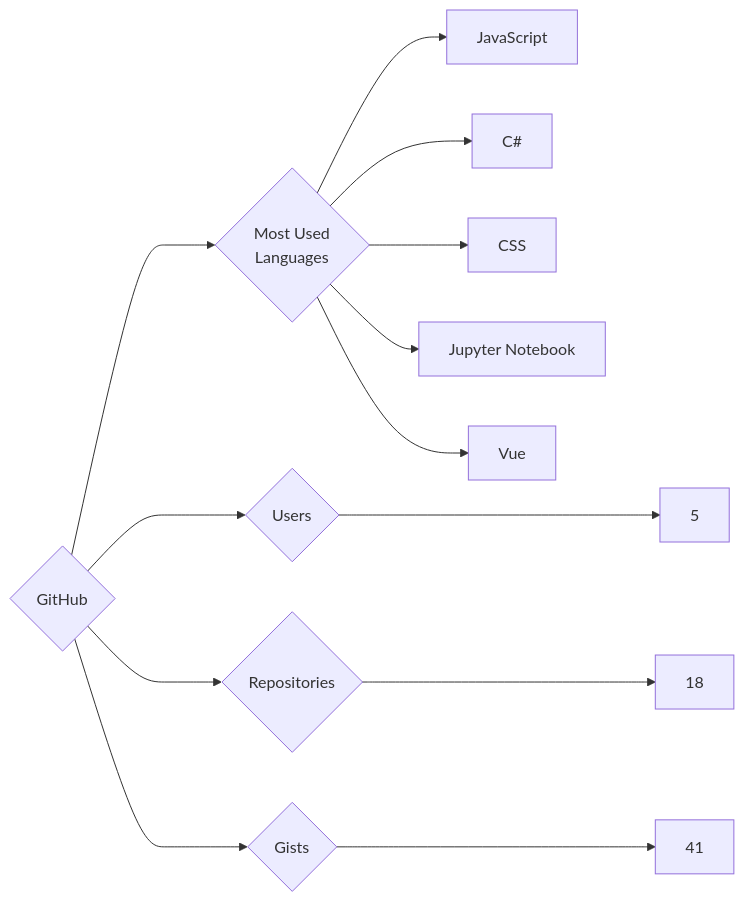
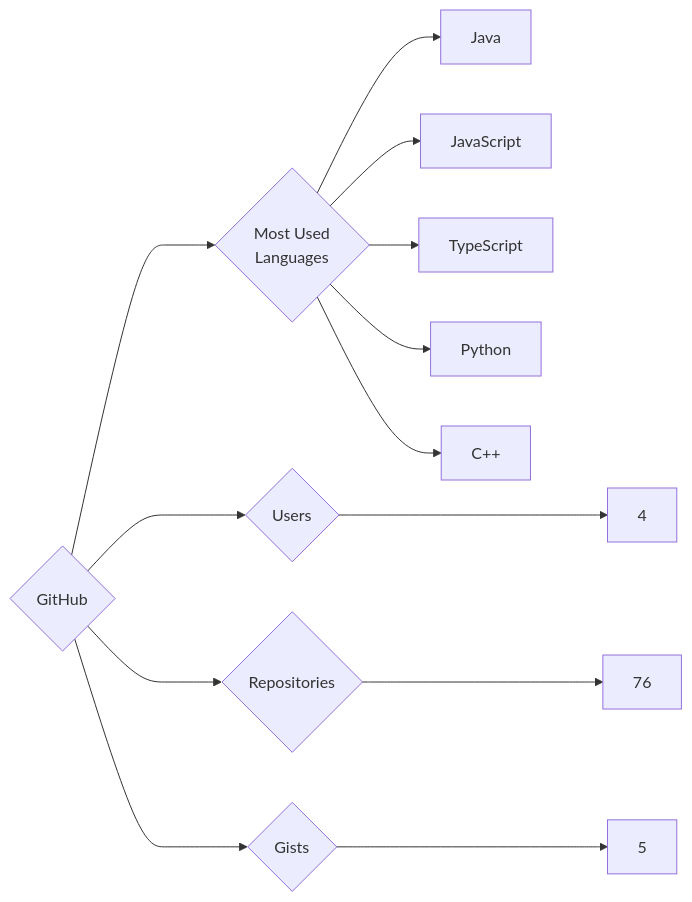
Before and after one commit to trickest/insiders: the diagram in targets/GitHub/README.md, drawn with Mermaid. The commit also changed 1089 other files, not shown here.

````diff
--- a/targets/GitHub/README.md
+++ b/targets/GitHub/README.md
@@ -3,13 +3,13 @@
 ```mermaid
 graph LR
 COMPANY_NAME{GitHub}
-COMPANY_NAME ---> U{Users} ---> UN[5]
-COMPANY_NAME ---> R{Repositories} ---> RN[18]
-COMPANY_NAME ---> G{Gists} ---> GN[41]
+COMPANY_NAME ---> U{Users} ---> UN[4]
+COMPANY_NAME ---> R{Repositories} ---> RN[76]
+COMPANY_NAME ---> G{Gists} ---> GN[5]
 COMPANY_NAME ---> ML{Most Used<br>Languages}
+ML --> Java[Java]
 ML --> JavaScript[JavaScript]
-ML --> C#[C#]
-ML --> CSS[CSS]
-ML --> Jupyter_Notebook[Jupyter Notebook]
-ML --> Vue[Vue]
+ML --> TypeScript[TypeScript]
+ML --> Python[Python]
+ML --> C++[C++]
 ```
````
